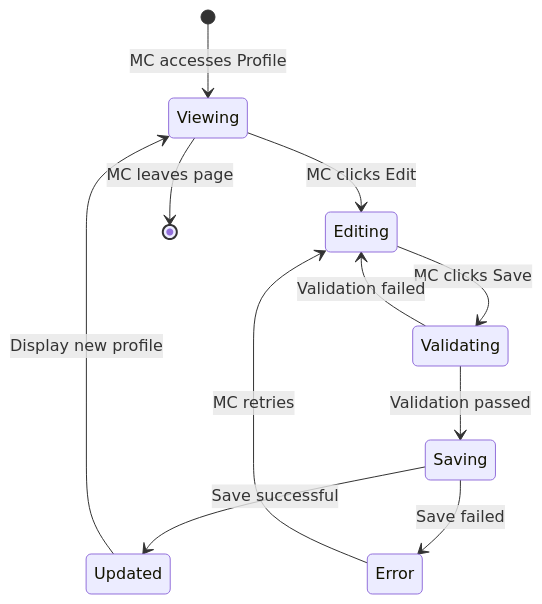
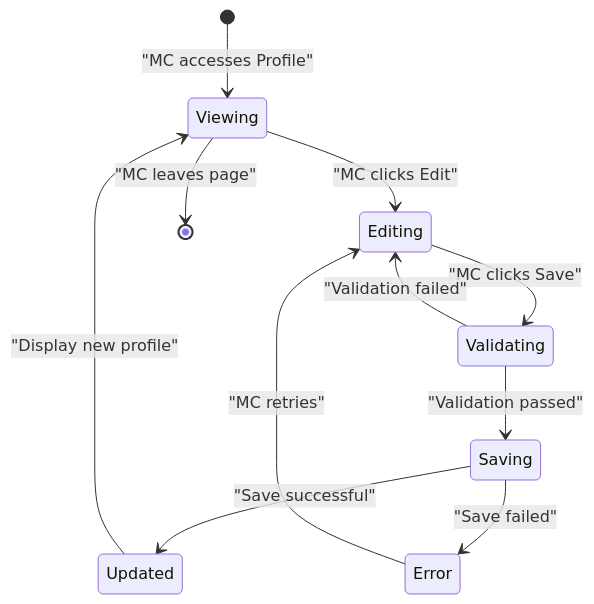
Before and after one commit to dat-21/SWD392: the third of 51 diagrams in UC_Diagrams_EN.md, drawn with Mermaid. The commit also changed other lines of this file and 2 other files, not shown here.

Commit message:
style: Standardize Mermaid state diagram transition label formatting by adding quotes and a space before the colon.

````diff
--- a/UC_Diagrams_EN.md
+++ b/UC_Diagrams_EN.md
@@ -97,13 +97,13 @@
 ```mermaid
 stateDiagram-v2
-    [*] --> Viewing: MC accesses Profile
-    Viewing --> Editing: MC clicks Edit
-    Editing --> Validating: MC clicks Save
-    Validating --> Editing: Validation failed
-    Validating --> Saving: Validation passed
-    Saving --> Updated: Save successful
-    Saving --> Error: Save failed
-    Error --> Editing: MC retries
-    Updated --> Viewing: Display new profile
-    Viewing --> [*]: MC leaves page
+    [*] --> Viewing : "MC accesses Profile"
+    Viewing --> Editing : "MC clicks Edit"
+    Editing --> Validating : "MC clicks Save"
+    Validating --> Editing : "Validation failed"
+    Validating --> Saving : "Validation passed"
+    Saving --> Updated : "Save successful"
+    Saving --> Error : "Save failed"
+    Error --> Editing : "MC retries"
+    Updated --> Viewing : "Display new profile"
+    Viewing --> [*] : "MC leaves page"
 ```
````
